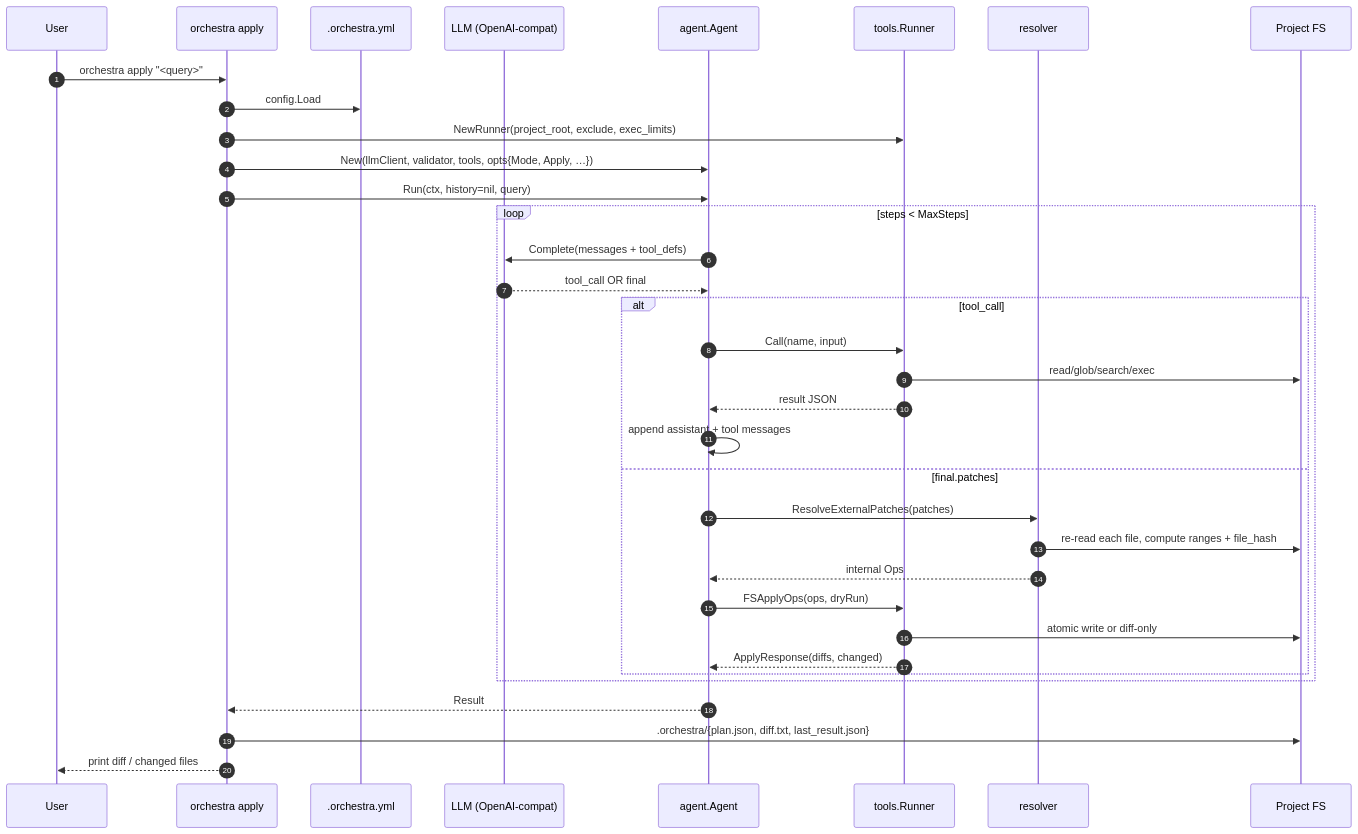
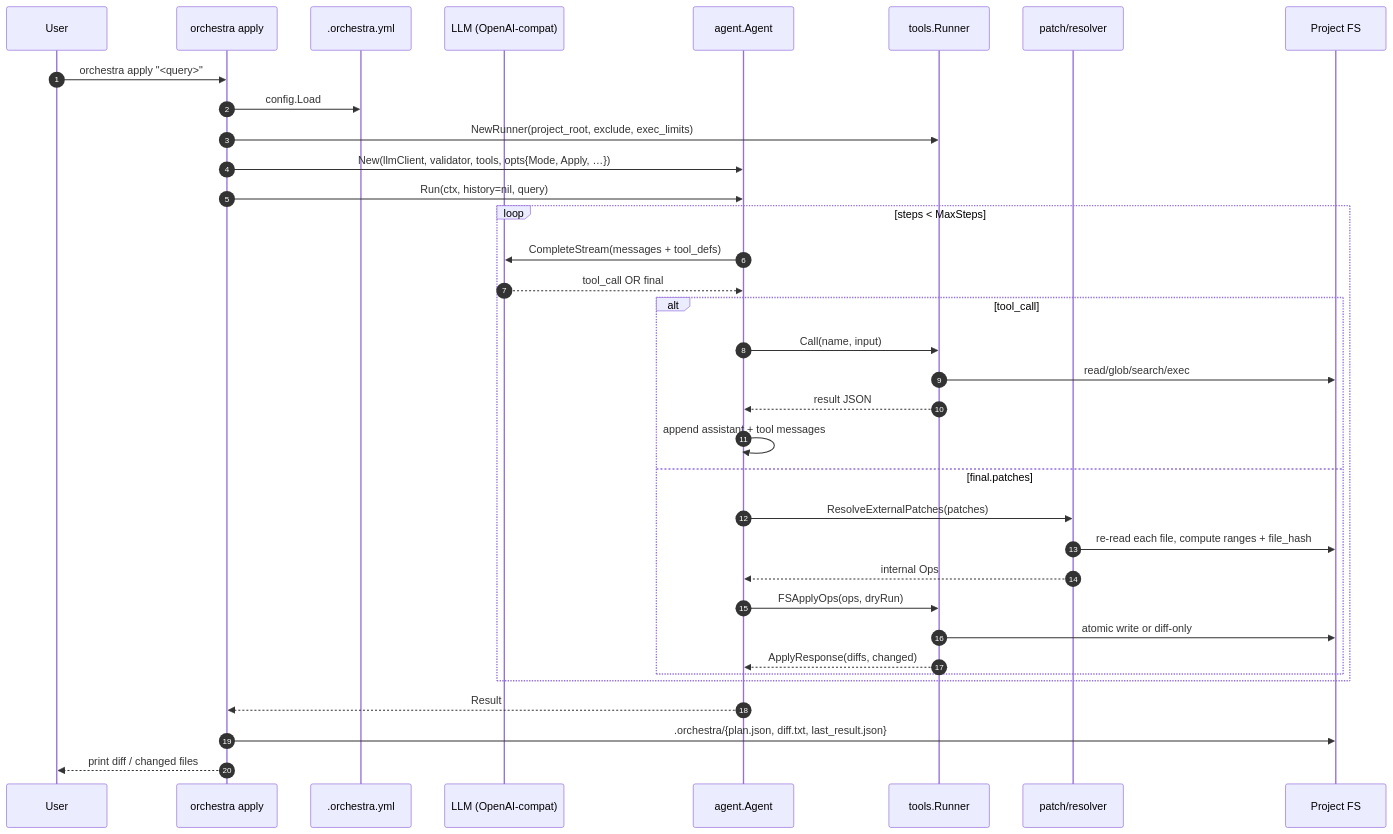
The first of 6 diagrams in docs/commands-and-modes.md (GreyKxtx/Orchestra), drawn with Mermaid before and after one commit. The commit also changed other lines of this file and 99 other files, not shown here.

````diff
--- a/docs/commands-and-modes.md
+++ b/docs/commands-and-modes.md
@@ -462,38 +451,38 @@
 ```mermaid
 sequenceDiagram
     autonumber
     participant U as User
     participant CLI as orchestra apply
     participant Cfg as .orchestra.yml
     participant LLM as LLM (OpenAI-compat)
     participant Ag as agent.Agent
     participant Tools as tools.Runner
-    participant Res as resolver
+    participant Res as patch/resolver
     participant FS as Project FS
 
     U->>CLI: orchestra apply "<query>"
     CLI->>Cfg: config.Load
     CLI->>Tools: NewRunner(project_root, exclude, exec_limits)
     CLI->>Ag: New(llmClient, validator, tools, opts{Mode, Apply, …})
     CLI->>Ag: Run(ctx, history=nil, query)
     loop steps < MaxSteps
-        Ag->>LLM: Complete(messages + tool_defs)
+        Ag->>LLM: CompleteStream(messages + tool_defs)
         LLM-->>Ag: tool_call OR final
         alt tool_call
             Ag->>Tools: Call(name, input)
             Tools->>FS: read/glob/search/exec
             Tools-->>Ag: result JSON
             Ag->>Ag: append assistant + tool messages
         else final.patches
             Ag->>Res: ResolveExternalPatches(patches)
             Res->>FS: re-read each file, compute ranges + file_hash
             Res-->>Ag: internal Ops
             Ag->>Tools: FSApplyOps(ops, dryRun)
             Tools->>FS: atomic write or diff-only
             Tools-->>Ag: ApplyResponse(diffs, changed)
         end
     end
     Ag-->>CLI: Result
     CLI->>FS: .orchestra/{plan.json, diff.txt, last_result.json}
     CLI-->>U: print diff / changed files
 ```
````
